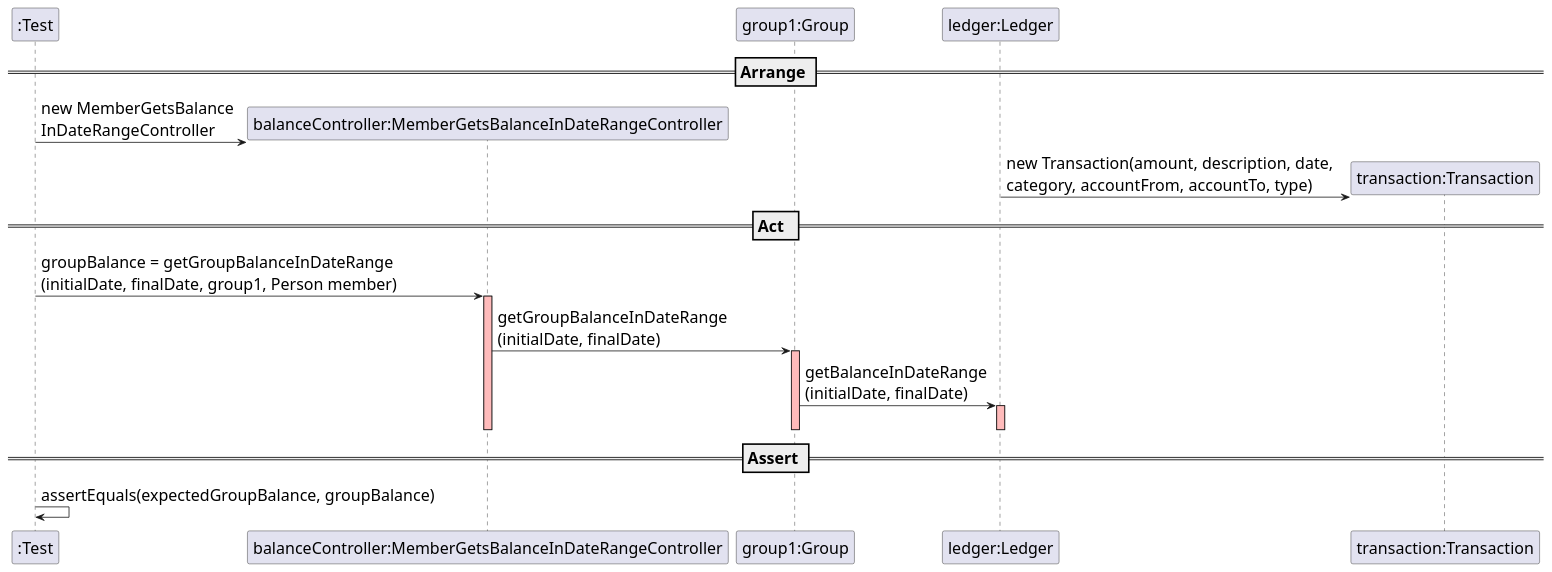
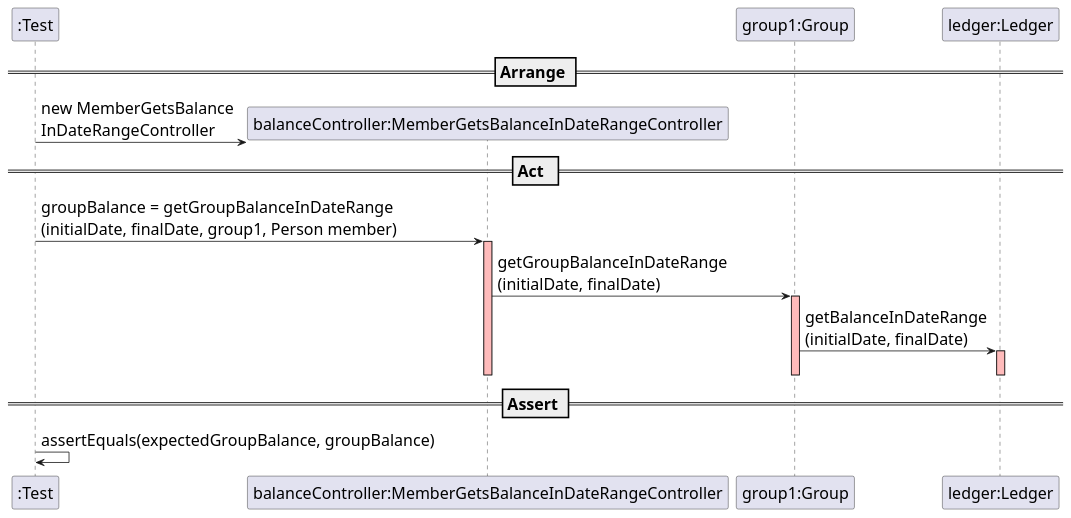
Before and after one commit to mleitaoribeiro/DevOpsMaven: the diagram in docs/SequenceDiagram - US018.puml, drawn with PlantUML.

Commit message:
ref #549

```diff
--- a/docs/SequenceDiagram - US018.puml
+++ b/docs/SequenceDiagram - US018.puml
@@ -1,39 +1,36 @@
 @startuml
 
 skinparam DefaultFontSize 20
 
 create ":Test"
 
 == Arrange ==
 
 create "balanceController:MemberGetsBalanceInDateRangeController"
 ":Test" -> "balanceController:MemberGetsBalanceInDateRangeController" : new MemberGetsBalance\nInDateRangeController
 
 participant "group1:Group"
 
 participant "ledger:Ledger"
 
-create "transaction:Transaction"
-"ledger:Ledger" -> "transaction:Transaction" : new Transaction(amount, description, date, \ncategory, accountFrom, accountTo, type)
-deactivate "ledger:Ledger" #FFBBBB
 
 == Act  ==
 
 ":Test" -> "balanceController:MemberGetsBalanceInDateRangeController" : groupBalance = getGroupBalanceInDateRange\n(initialDate, finalDate, group1, Person member)
 activate "balanceController:MemberGetsBalanceInDateRangeController" #FFBBBB
 
 "balanceController:MemberGetsBalanceInDateRangeController" -> "group1:Group": getGroupBalanceInDateRange\n(initialDate, finalDate)
 activate "group1:Group" #FFBBBB
 
 "group1:Group" -> "ledger:Ledger": getBalanceInDateRange\n(initialDate, finalDate)
 activate "ledger:Ledger" #FFBBBB
 
 deactivate "ledger:Ledger"
 deactivate "group1:Group"
 deactivate "balanceController:MemberGetsBalanceInDateRangeController"
 
 == Assert ==
 
 ":Test" -> ":Test" : assertEquals(expectedGroupBalance, groupBalance)
 
 @enduml
```
